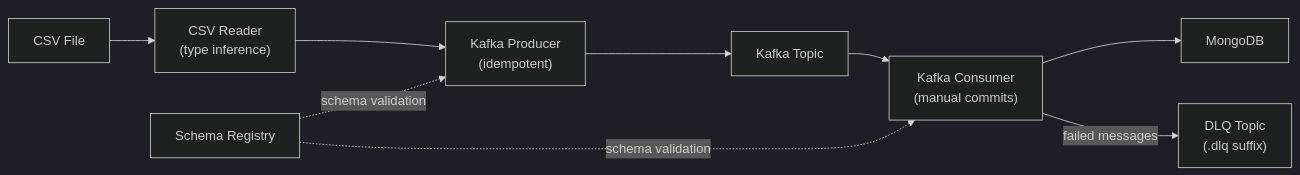
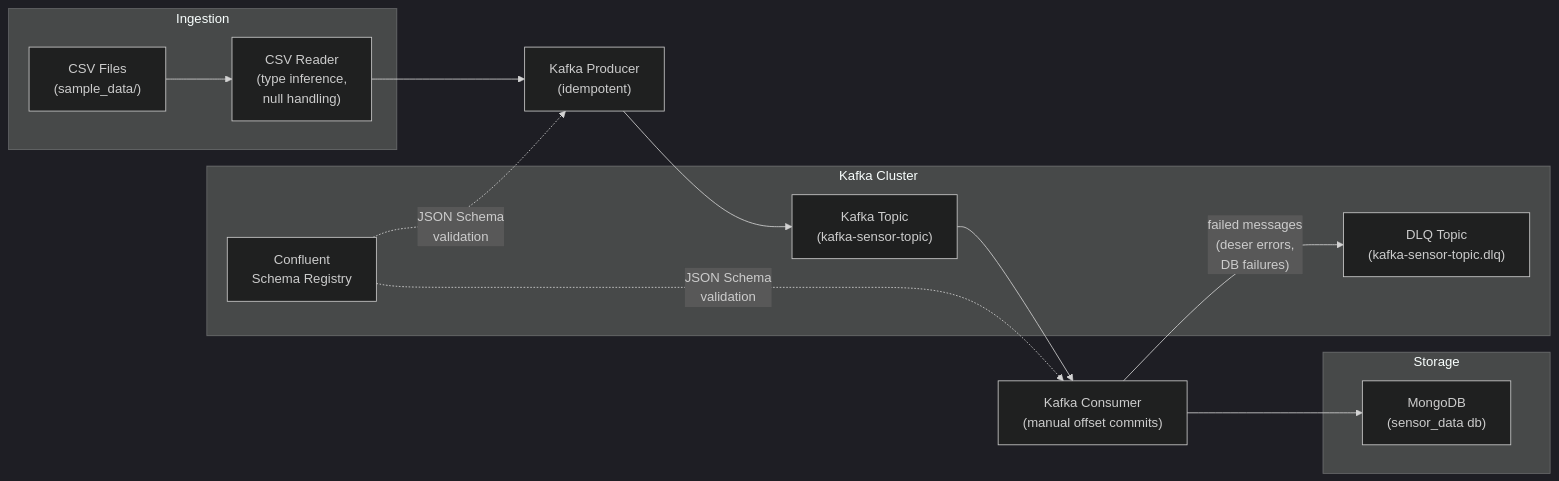
The diagram in README.md (vigneshsabapathi/sensor-data-streaming-pipeline), drawn with Mermaid (dark theme) before and after one commit. The commit also changed other lines of this file, not shown here.

````diff
--- a/README.md
+++ b/README.md
@@ -10,16 +30,26 @@
 ```mermaid
 flowchart LR
-    CSV["CSV File"]
-    CR["CSV Reader\n(type inference)"]
-    SR["Schema Registry"]
-    KP["Kafka Producer\n(idempotent)"]
-    KT["Kafka Topic"]
-    KC["Kafka Consumer\n(manual commits)"]
-    DLQ["DLQ Topic\n(.dlq suffix)"]
-    MDB["MongoDB"]
+    subgraph Ingestion
+        CSV["CSV Files<br/>(sample_data/)"]
+        CR["CSV Reader<br/>(type inference,<br/>null handling)"]
+    end
 
-    CSV --> CR --> KP --> KT --> KC --> MDB
-    SR -. "schema validation" .-> KP
-    SR -. "schema validation" .-> KC
-    KC -- "failed messages" --> DLQ
+    subgraph Kafka Cluster
+        SR["Confluent<br/>Schema Registry"]
+        KT["Kafka Topic<br/>(kafka-sensor-topic)"]
+        DLQ["DLQ Topic<br/>(kafka-sensor-topic.dlq)"]
+    end
+
+    subgraph Storage
+        MDB["MongoDB<br/>(sensor_data db)"]
+    end
+
+    CSV --> CR
+    CR --> KP["Kafka Producer<br/>(idempotent)"]
+    KP --> KT
+    SR -. "JSON Schema<br/>validation" .-> KP
+    KT --> KC["Kafka Consumer<br/>(manual offset commits)"]
+    SR -. "JSON Schema<br/>validation" .-> KC
+    KC --> MDB
+    KC -- "failed messages<br/>(deser errors,<br/>DB failures)" --> DLQ
 ```
````
